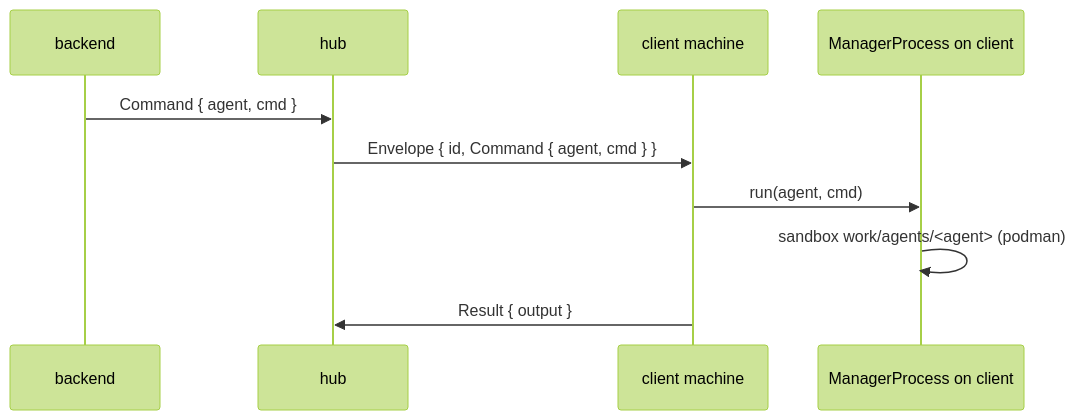
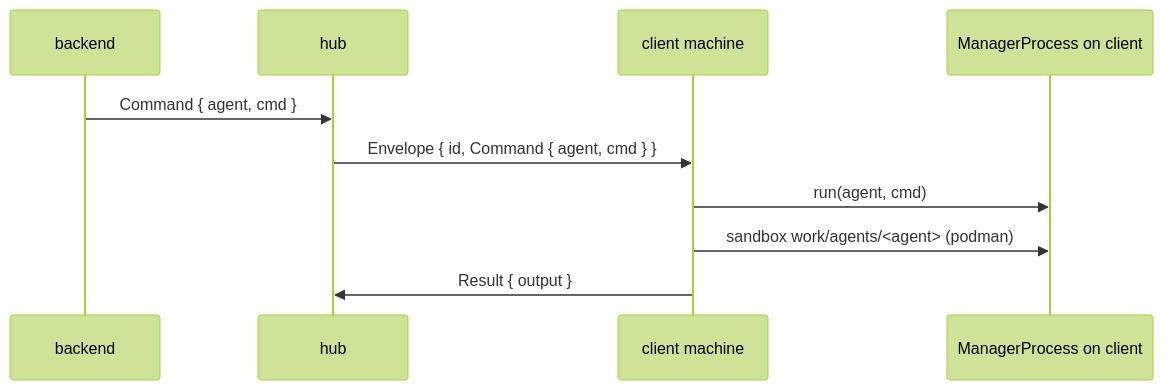
Before and after one commit to lidm0707/susutaku: the seventh of 8 diagrams in docs/remote-clients.md, drawn with Mermaid (forest theme). The commit also changed other lines of this file and 11 other files, not shown here.

````diff
--- a/docs/remote-clients.md
+++ b/docs/remote-clients.md
@@ -214,12 +227,12 @@
 ```mermaid
 sequenceDiagram
     participant B as backend
     participant H as hub
     participant C as client machine
     participant A as ManagerProcess on client
     B->>H: Command { agent, cmd }
     H->>C: Envelope { id, Command { agent, cmd } }
     C->>A: run(agent, cmd)
-    A->>A: sandbox work/agents/<agent> (podman)
+    C->>A: sandbox work/agents/<agent> (podman)
     C->>H: Result { output }
 ```
````
